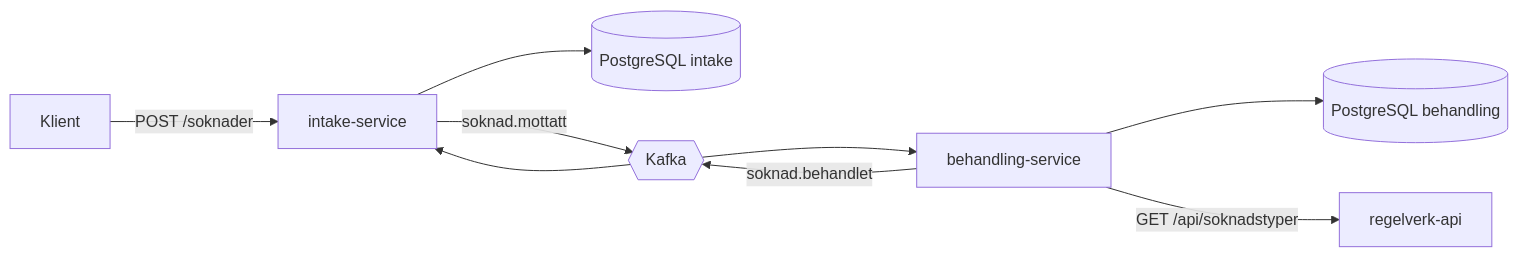
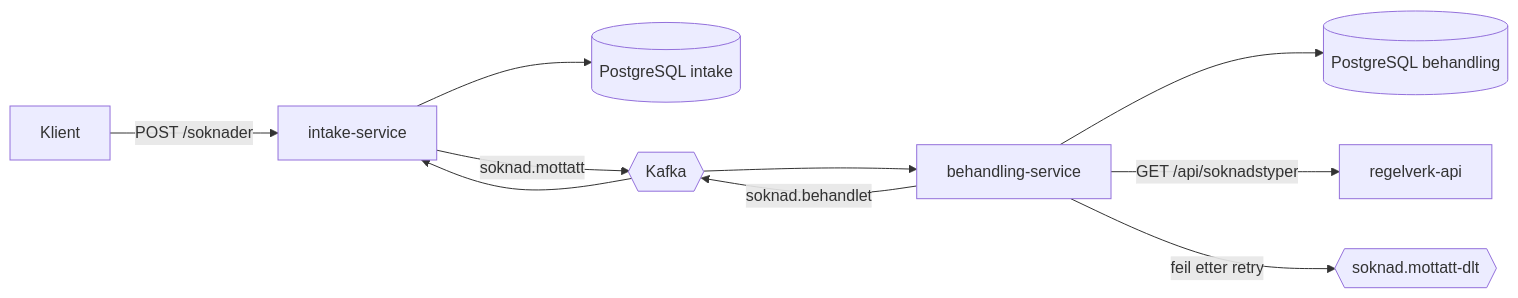
One commit to s369519/soknadsflyt changed the diagram in README.md. Above: the diagram before and after it, drawn with Mermaid. The commit also changed other lines of this file and 8 other files, not shown here.

````diff
--- a/README.md
+++ b/README.md
@@ -11,11 +12,12 @@
 ```mermaid
 flowchart LR
   klient[Klient] -->|POST /soknader| intake[intake-service]
   intake --> idb[(PostgreSQL intake)]
   intake -->|soknad.mottatt| kafka{{Kafka}}
   kafka --> behandling[behandling-service]
   behandling --> bdb[(PostgreSQL behandling)]
   behandling -->|GET /api/soknadstyper| regelverk[regelverk-api]
   behandling -->|soknad.behandlet| kafka
+  behandling -->|feil etter retry| dlt{{soknad.mottatt-dlt}}
   kafka --> intake
 ```
````
